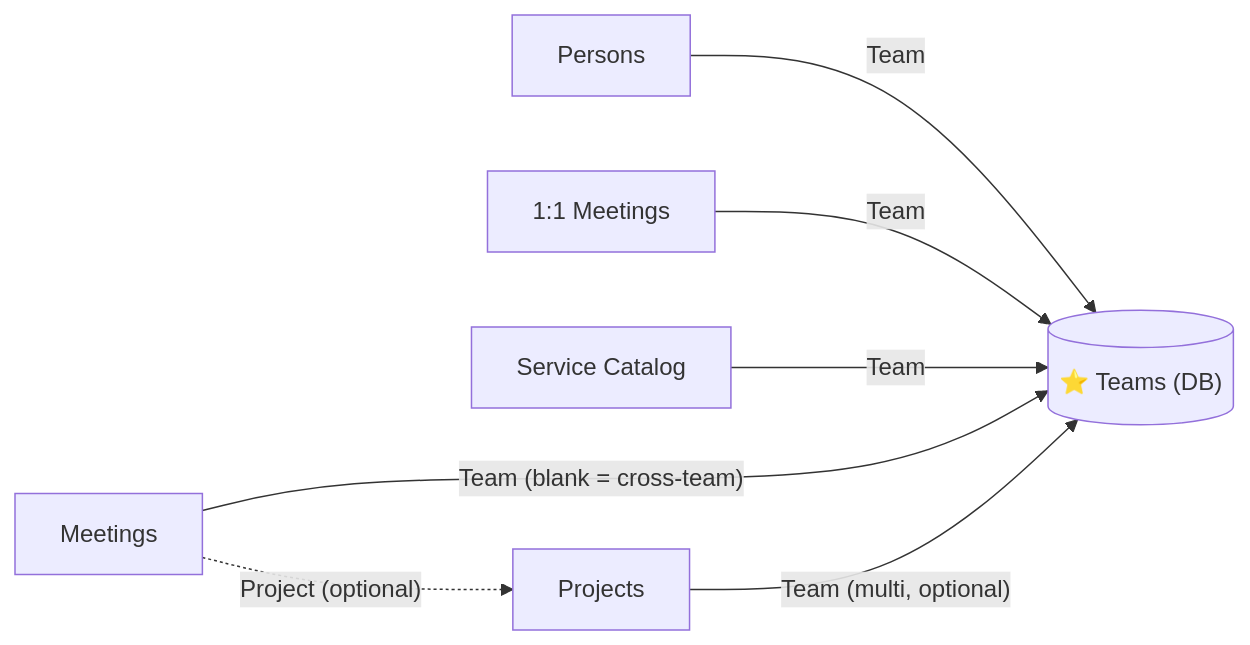
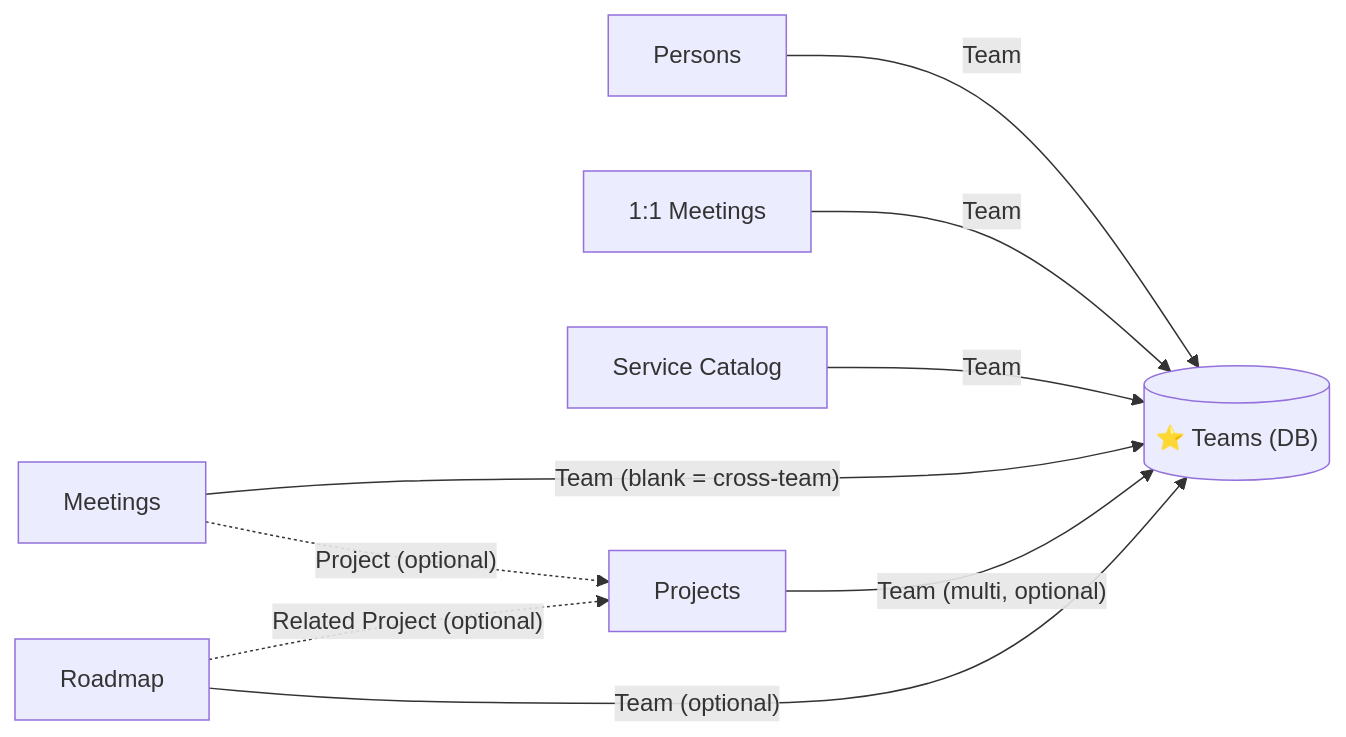
The sixth of 7 diagrams in workflow/personal_productivity_system.md (dcop7/tips_and_guides), drawn with Mermaid before and after one commit. The commit also changed other lines of this file, not shown here.

````diff
--- a/workflow/personal_productivity_system.md
+++ b/workflow/personal_productivity_system.md
@@ -304,10 +286,12 @@
 ```mermaid
 graph LR
     Teams[("⭐ Teams (DB)")]
     Persons["Persons"] -->|Team| Teams
     OneOnOne["1:1 Meetings"] -->|Team| Teams
     SC["Service Catalog"] -->|Team| Teams
     Meetings["Meetings"] -->|"Team (blank = cross-team)"| Teams
     Projects["Projects"] -->|"Team (multi, optional)"| Teams
+    Roadmap["Roadmap"] -->|"Team (optional)"| Teams
     Meetings -.->|"Project (optional)"| Projects
+    Roadmap -.->|"Related Project (optional)"| Projects
 ```
````
